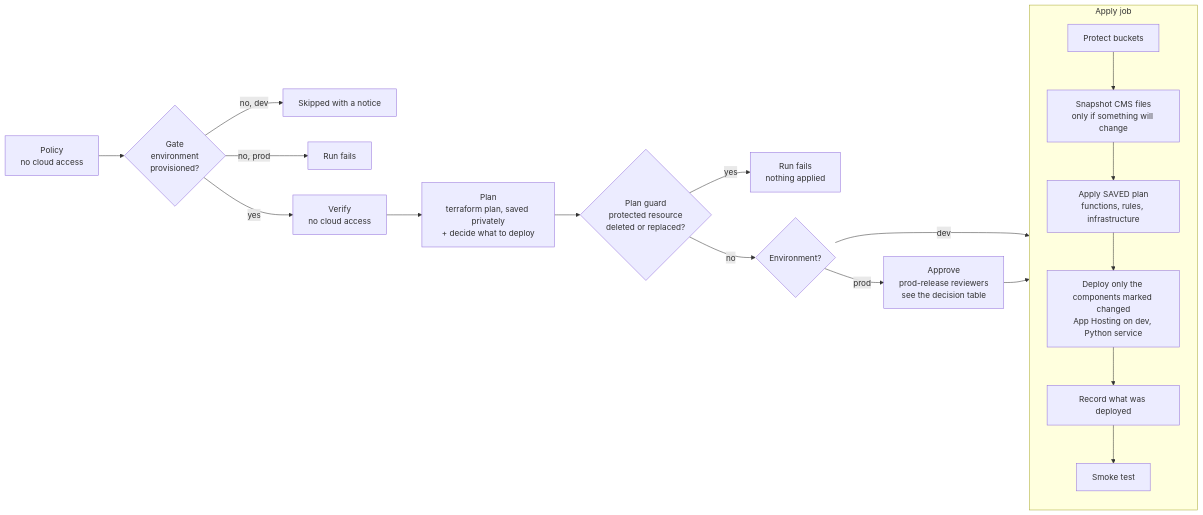
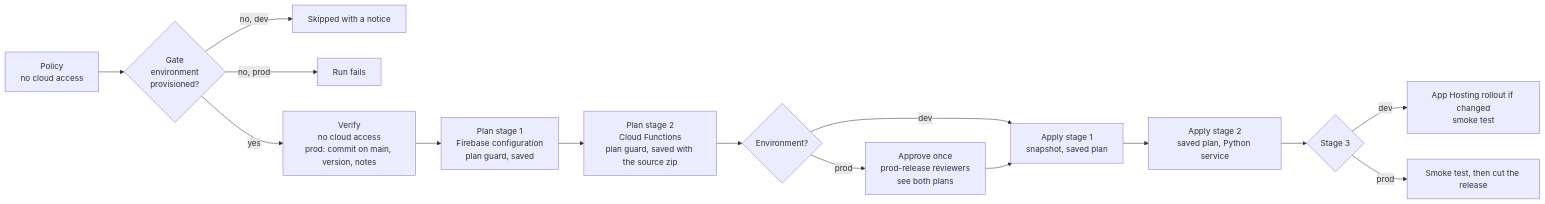
One commit to AbhirupGhosh92/beatrix.ai changed the diagram in docs/DEPLOYMENT.md. Above: the diagram before and after it, drawn with Mermaid. The commit also changed other lines of this file and 46 other files, not shown here.

````diff
--- a/docs/DEPLOYMENT.md
+++ b/docs/DEPLOYMENT.md
@@ -58,17 +76,17 @@
 ```mermaid
 flowchart LR
     P[Policy<br/>no cloud access] --> G{Gate<br/>environment<br/>provisioned?}
     G -- no, dev --> S[Skipped with a notice]
     G -- no, prod --> X0[Run fails]
-    G -- yes --> A[Verify<br/>no cloud access]
-    A --> B[Plan<br/>terraform plan, saved privately<br/>+ decide what to deploy]
-    B --> C{Plan guard<br/>protected resource<br/>deleted or replaced?}
-    C -- yes --> X[Run fails<br/>nothing applied]
-    C -- no --> D{Environment?}
-    D -- prod --> E[Approve<br/>prod-release reviewers<br/>see the decision table]
-    D -- dev --> F
-    E --> F[Apply]
-    subgraph F[Apply job]
-      F1[Protect buckets] --> F2[Snapshot CMS files<br/>only if something will change] --> F3[Apply SAVED plan<br/>functions, rules, infrastructure] --> F4[Deploy only the components marked changed<br/>App Hosting on dev, Python service] --> F5[Record what was deployed] --> F6[Smoke test]
-    end
+    G -- yes --> A[Verify<br/>no cloud access<br/>prod: commit on main, version, notes]
+    A --> B1[Plan stage 1<br/>Firebase configuration<br/>plan guard, saved]
+    B1 --> B2[Plan stage 2<br/>Cloud Functions<br/>plan guard, saved with the source zip]
+    B2 --> D{Environment?}
+    D -- prod --> E[Approve once<br/>prod-release reviewers<br/>see both plans]
+    D -- dev --> F1
+    E --> F1[Apply stage 1<br/>snapshot, saved plan]
+    F1 --> F2[Apply stage 2<br/>saved plan, Python service]
+    F2 --> F3{Stage 3}
+    F3 -- dev --> H[App Hosting rollout if changed<br/>smoke test]
+    F3 -- prod --> R[Smoke test, then cut the release]
 ```
````
